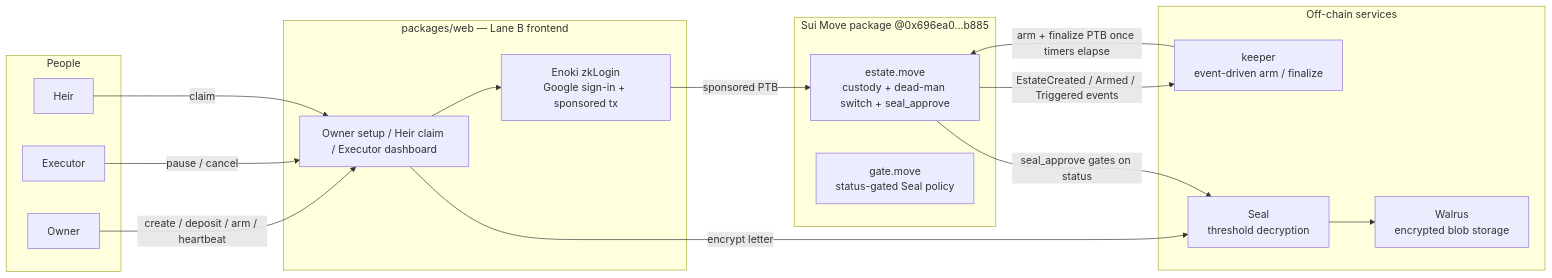
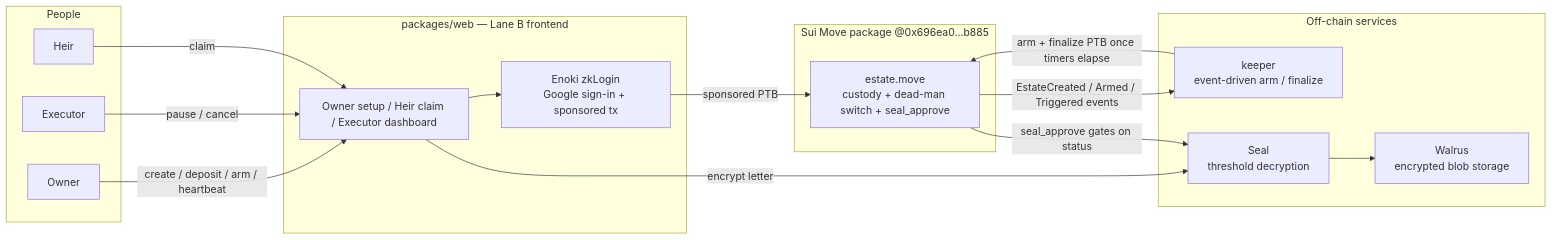
The first of 2 diagrams in docs/architecture.md (Ridwannurudeen/bequest), drawn with Mermaid before and after one commit. The commit also changed other lines of this file, not shown here.

First line of the commit message:
Lane B: architecture doc accuracy fixes per #34 (#23)

````diff
--- a/docs/architecture.md
+++ b/docs/architecture.md
@@ -10,33 +10,32 @@
 ```mermaid
 flowchart LR
   subgraph People
     O[Owner]
     H[Heir]
     X[Executor]
   end
 
   subgraph Web["packages/web — Lane B frontend"]
     UI[Owner setup / Heir claim / Executor dashboard]
     ENOKI[Enoki zkLogin\nGoogle sign-in + sponsored tx]
   end
 
   subgraph Sui["Sui Move package @0x696ea0…b885"]
     EST[estate.move\ncustody + dead-man switch + seal_approve]
-    GATE[gate.move\nstatus-gated Seal policy]
   end
 
   subgraph Off["Off-chain services"]
     KEEP[keeper\nevent-driven arm / finalize]
     SEAL[Seal\nthreshold decryption]
     WAL[Walrus\nencrypted blob storage]
   end
 
   O -->|create / deposit / arm / heartbeat| UI
   X -->|pause / cancel| UI
   H -->|claim| UI
   UI --> ENOKI -->|sponsored PTB| EST
   EST -->|EstateCreated / Armed / Triggered events| KEEP
   KEEP -->|arm + finalize PTB once timers elapse| EST
   UI -->|encrypt letter| SEAL --> WAL
   EST -->|seal_approve gates on status| SEAL
 ```
````
